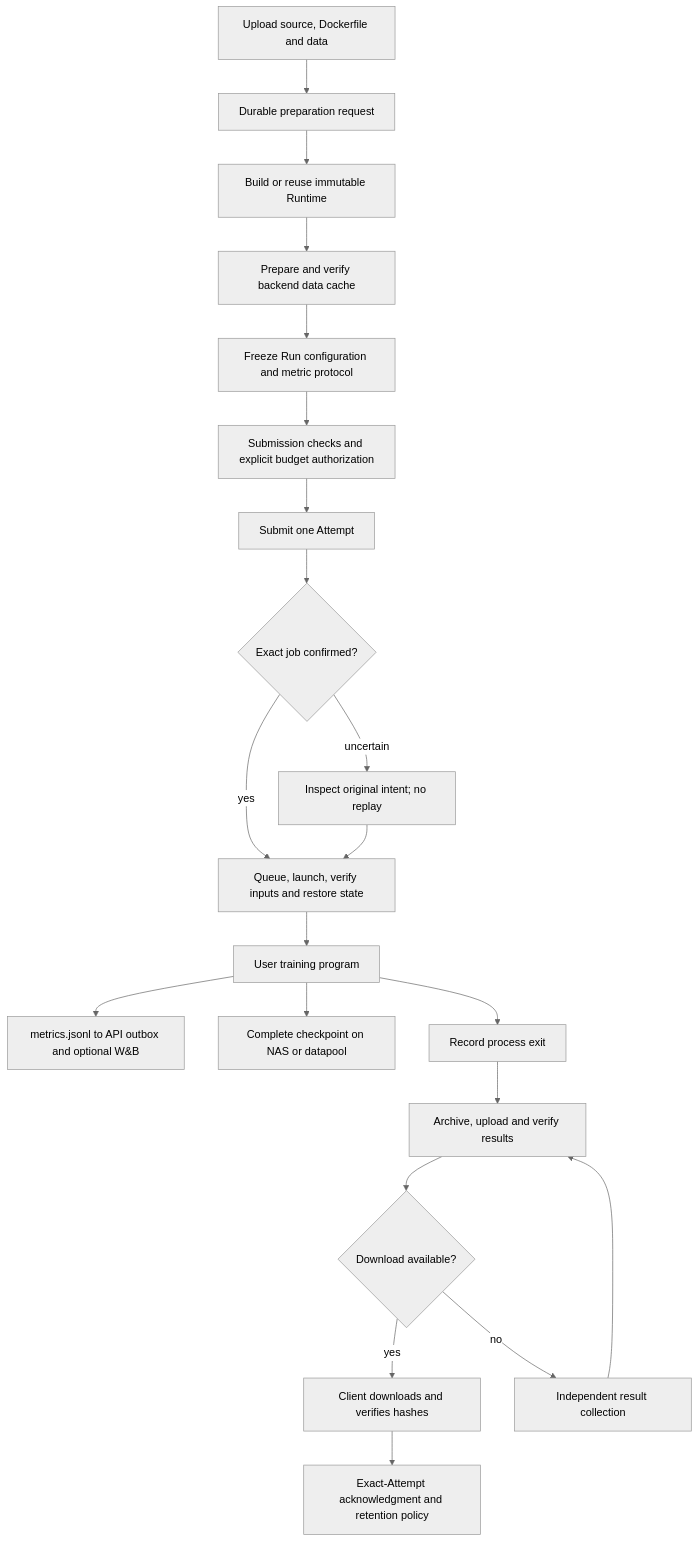
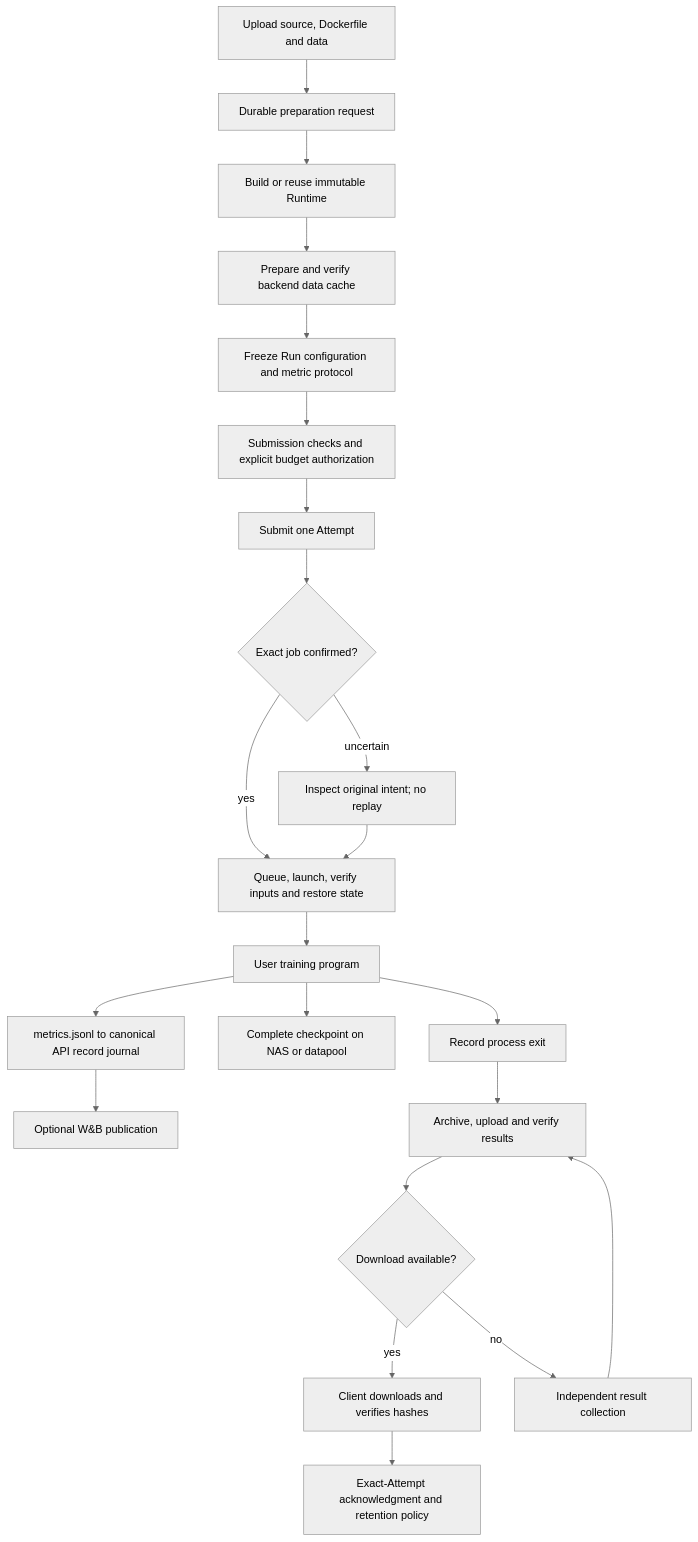
Before and after one commit to NotDesigned/ml-experiment-control: the second of 2 diagrams in docs/architecture.md, drawn with Mermaid (neutral theme). The commit also changed other lines of this file and 12 other files, not shown here.

````diff
--- a/docs/architecture.md
+++ b/docs/architecture.md
@@ -110,23 +145,24 @@
 ```mermaid
 flowchart TD
     Upload[Upload source, Dockerfile and data] --> Prepare[Durable preparation request]
     Prepare --> Image[Build or reuse immutable Runtime]
     Image --> Data[Prepare and verify backend data cache]
     Data --> Run[Freeze Run configuration and metric protocol]
     Run --> Review[Submission checks and explicit budget authorization]
     Review --> Submit[Submit one Attempt]
     Submit --> Certain{Exact job confirmed?}
     Certain -->|yes| Worker[Queue, launch, verify inputs and restore state]
     Certain -->|uncertain| Reconcile[Inspect original intent; no replay]
     Reconcile --> Worker
     Worker --> Train[User training program]
-    Train --> Metrics[metrics.jsonl to API outbox and optional W&B]
+    Train --> Metrics[metrics.jsonl to canonical API record journal]
+    Metrics --> WandB[Optional W&B publication]
     Train --> Checkpoint[Complete checkpoint on NAS or datapool]
     Train --> Exit[Record process exit]
     Exit --> Archive[Archive, upload and verify results]
     Archive --> Available{Download available?}
     Available -->|yes| Download[Client downloads and verifies hashes]
     Available -->|no| Recovery[Independent result collection]
     Recovery --> Archive
     Download --> Ack[Exact-Attempt acknowledgment and retention policy]
 ```
````
